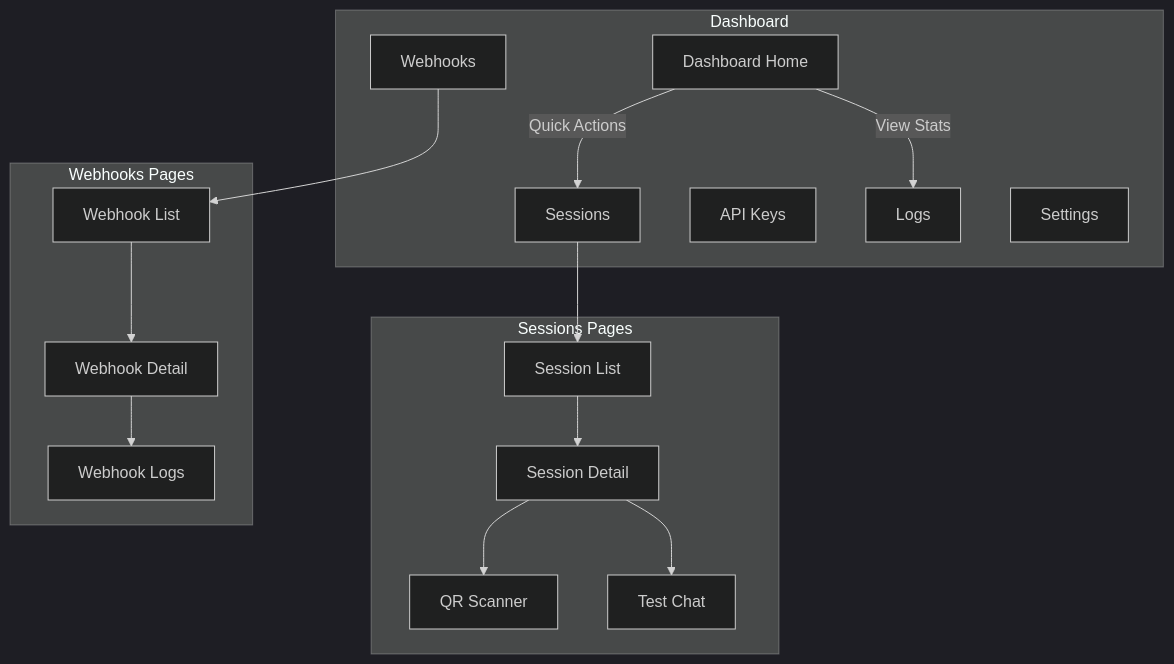
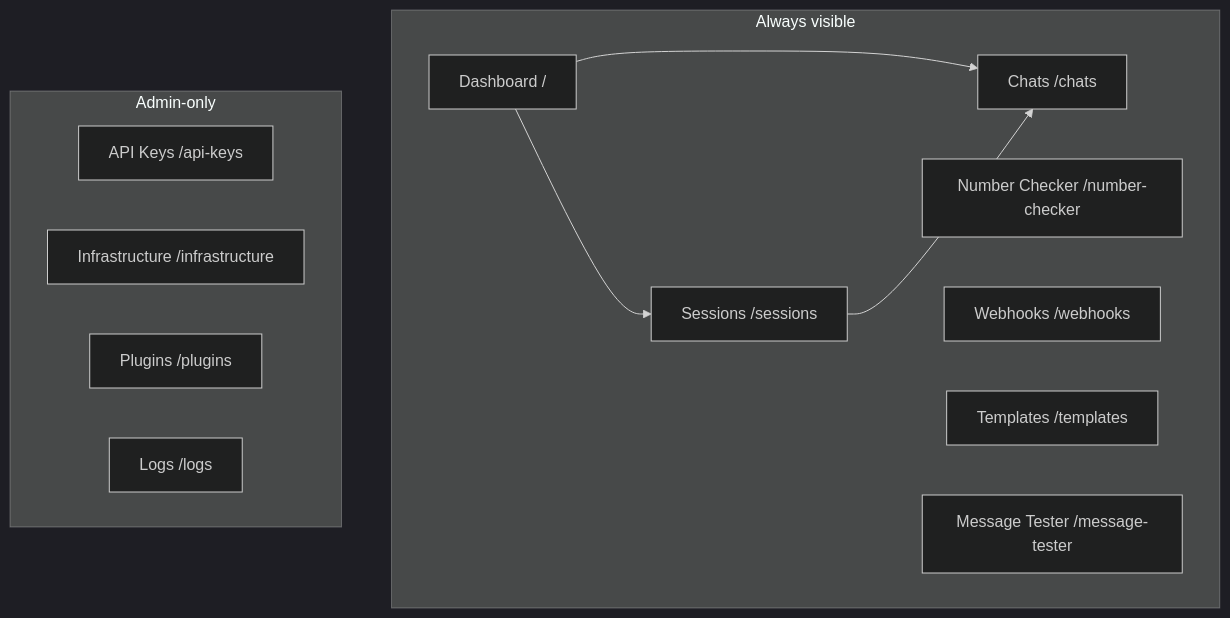
Before and after one commit to suryansh-business-work/duncit-all: the second of 2 diagrams in portals/crm/open-wa-server/docs/17-dashboard-design.md, drawn with Mermaid (dark theme). The commit also changed other lines of this file and 2547 other files, not shown here.

````diff
--- a/portals/crm/open-wa-server/docs/17-dashboard-design.md
+++ b/portals/crm/open-wa-server/docs/17-dashboard-design.md
@@ -44,36 +116,23 @@
 ```mermaid
 flowchart TB
-    subgraph Dashboard
-        HOME[Dashboard Home]
-        SESSIONS[Sessions]
-        WEBHOOKS[Webhooks]
-        APIKEYS[API Keys]
-        LOGS[Logs]
-        SETTINGS[Settings]
+    subgraph "Always visible"
+        HOME[Dashboard /]
+        SESSIONS[Sessions /sessions]
+        CHATS[Chats /chats]
+        NUMBERS[Number Checker /number-checker]
+        WEBHOOKS[Webhooks /webhooks]
+        TEMPLATES[Templates /templates]
+        TESTER[Message Tester /message-tester]
     end
 
-    HOME --> |Quick Actions| SESSIONS
-    HOME --> |View Stats| LOGS
-
-    subgraph Sessions Pages
-        LIST[Session List]
-        DETAIL[Session Detail]
-        QR[QR Scanner]
-        CHAT[Test Chat]
+    subgraph "Admin-only"
+        APIKEYS[API Keys /api-keys]
+        INFRA[Infrastructure /infrastructure]
+        PLUGINS[Plugins /plugins]
+        LOGS[Logs /logs]
     end
 
-    SESSIONS --> LIST
-    LIST --> DETAIL
-    DETAIL --> QR
-    DETAIL --> CHAT
-
-    subgraph Webhooks Pages
-        WH_LIST[Webhook List]
-        WH_DETAIL[Webhook Detail]
-        WH_LOGS[Webhook Logs]
-    end
-
-    WEBHOOKS --> WH_LIST
-    WH_LIST --> WH_DETAIL
-    WH_DETAIL --> WH_LOGS
+    HOME --> SESSIONS
+    HOME --> CHATS
+    SESSIONS --> CHATS
 ```
````
